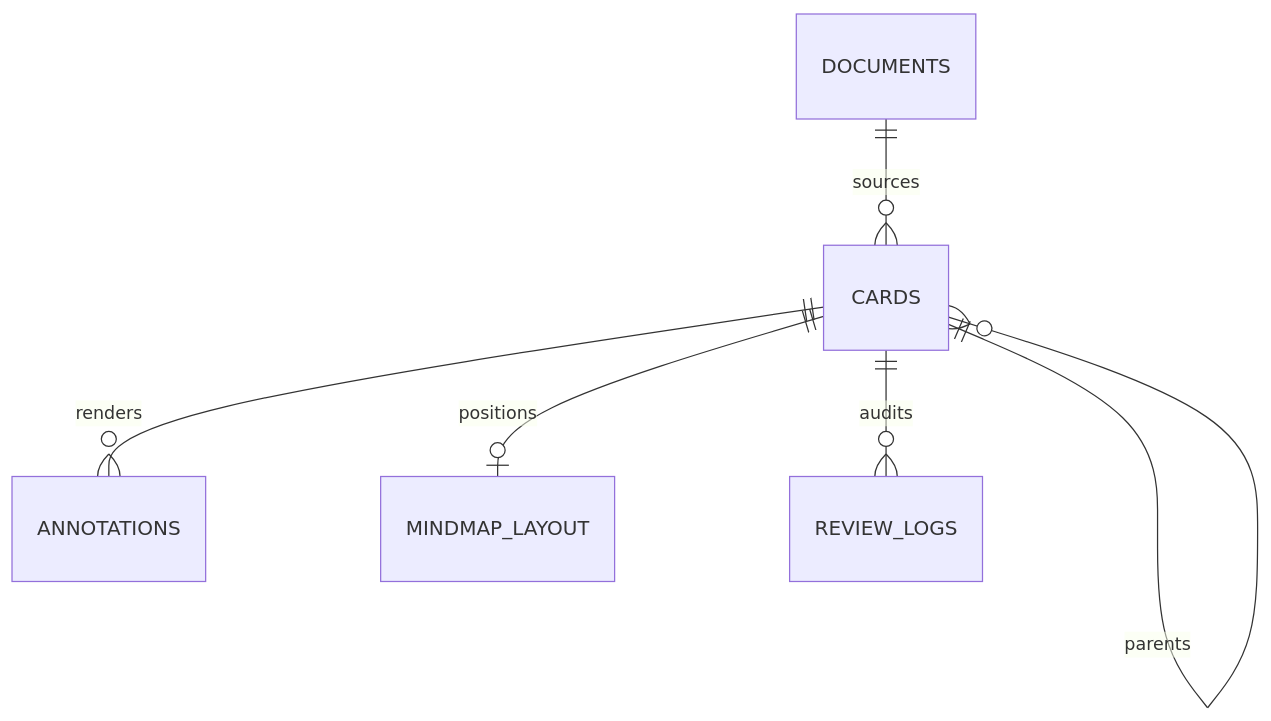
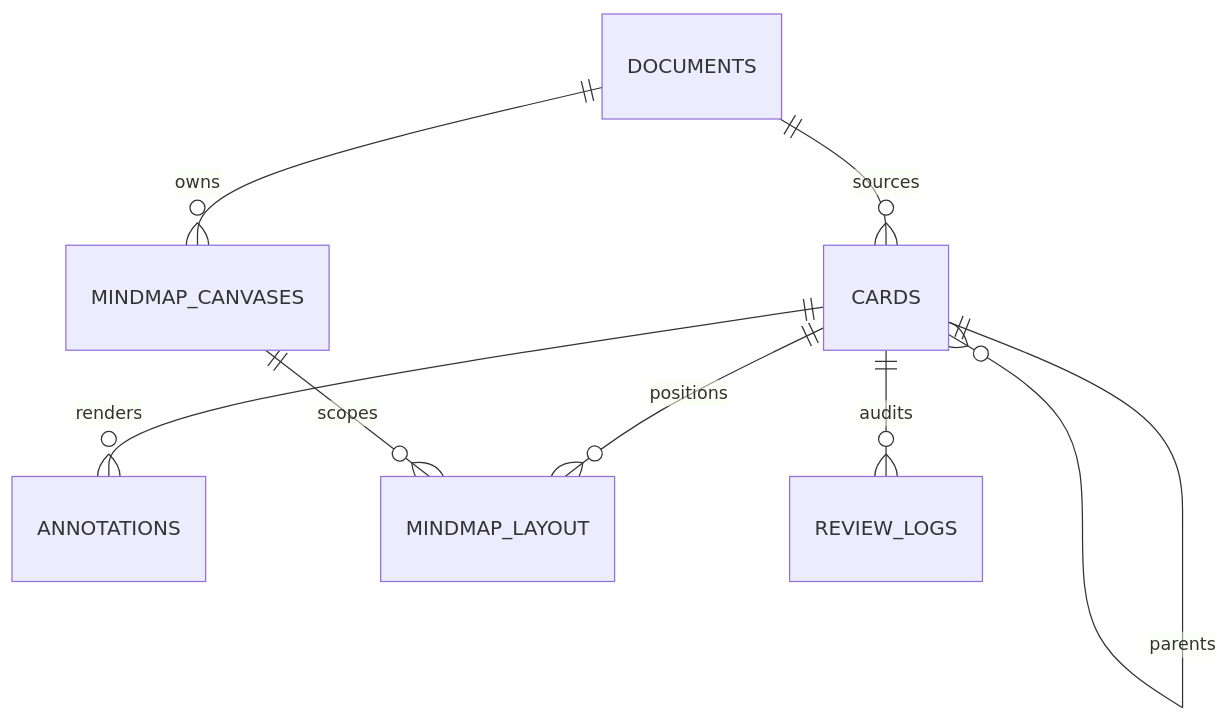
One commit to lanmaokafei/PDFNote changed the diagram in docs/architecture.md. Above: the diagram before and after it, drawn with Mermaid. The commit also changed other lines of this file and 41 other files, not shown here.

First line of the commit message:
feat(mindmap): 0.20.0 多画布与 AnkiDroid txt 导入

````diff
--- a/docs/architecture.md
+++ b/docs/architecture.md
@@ -17,8 +17,10 @@
 ```mermaid
 erDiagram
     DOCUMENTS ||--o{ CARDS : sources
     CARDS ||--o{ ANNOTATIONS : renders
-    CARDS ||--o| MINDMAP_LAYOUT : positions
+    CARDS ||--o{ MINDMAP_LAYOUT : positions
+    MINDMAP_CANVASES ||--o{ MINDMAP_LAYOUT : scopes
+    DOCUMENTS ||--o{ MINDMAP_CANVASES : owns
     CARDS ||--o{ REVIEW_LOGS : audits
     CARDS ||--o{ CARDS : parents
 ```
````
